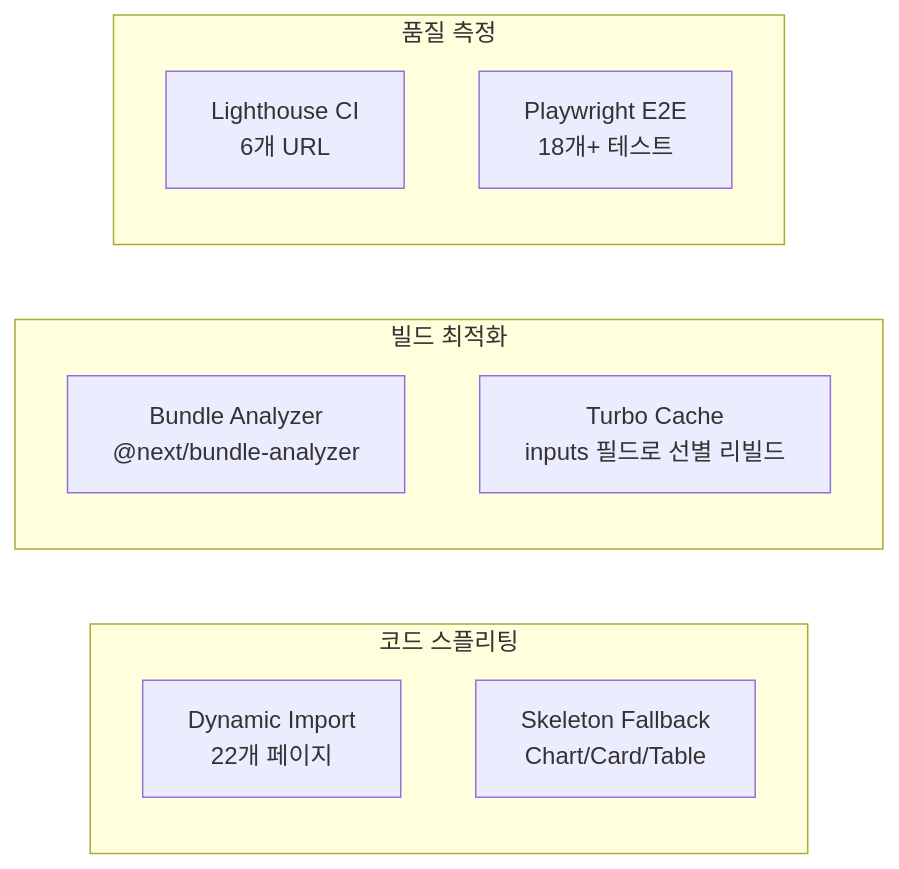
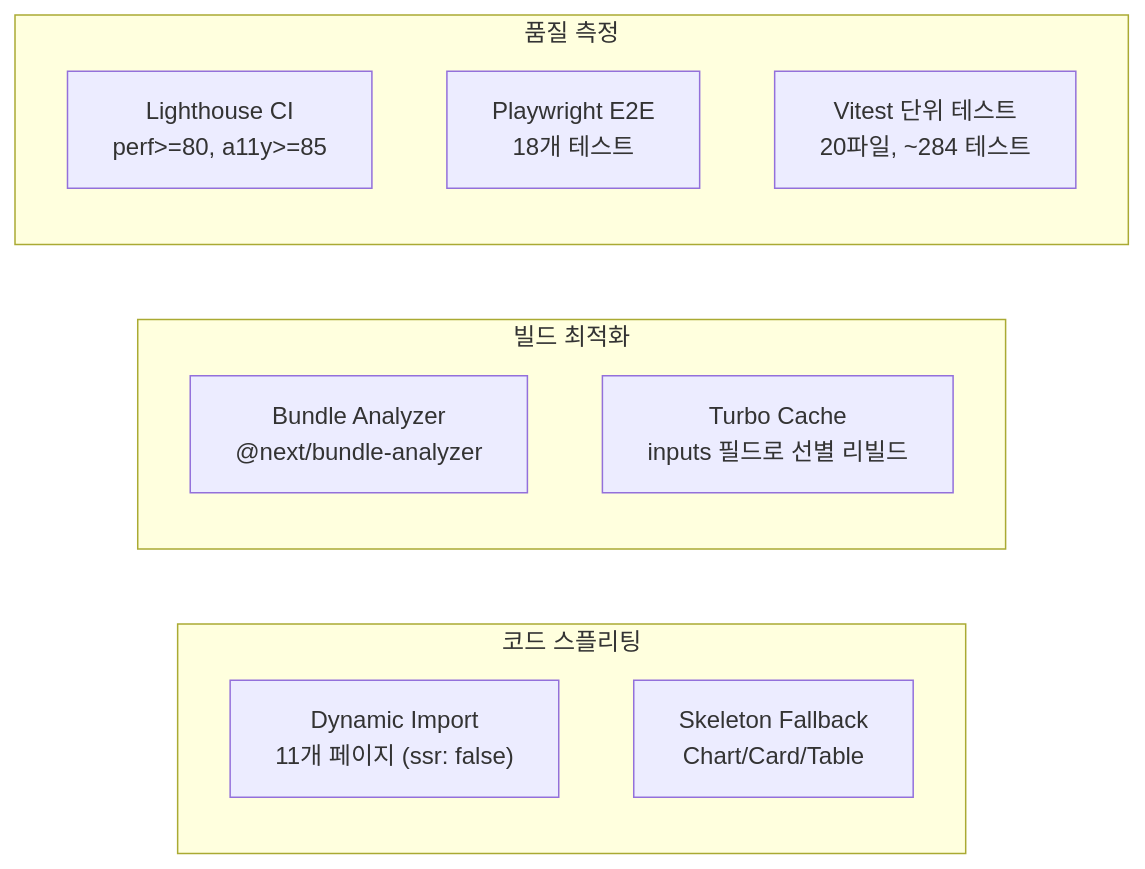
One commit to sgtlim0/sgtlim0.github.io changed the eighth of 11 diagrams in docs/ARCHITECTURE.md. Above: the diagram before and after it, drawn with Mermaid. The commit also changed other lines of this file and 23 other files, not shown here.

````diff
--- a/docs/ARCHITECTURE.md
+++ b/docs/ARCHITECTURE.md
@@ -108,17 +197,18 @@
 ```mermaid
 graph LR
     subgraph "코드 스플리팅"
-        DI["Dynamic Import<br/>22개 페이지"]
+        DI["Dynamic Import<br/>11개 페이지 (ssr: false)"]
         SK["Skeleton Fallback<br/>Chart/Card/Table"]
     end
 
     subgraph "빌드 최적화"
         BA["Bundle Analyzer<br/>@next/bundle-analyzer"]
         TC["Turbo Cache<br/>inputs 필드로 선별 리빌드"]
     end
 
     subgraph "품질 측정"
-        LH["Lighthouse CI<br/>6개 URL"]
-        E2E["Playwright E2E<br/>18개+ 테스트"]
+        LH["Lighthouse CI<br/>perf>=80, a11y>=85"]
+        E2E["Playwright E2E<br/>18개 테스트"]
+        UT["Vitest 단위 테스트<br/>20파일, ~284 테스트"]
     end
 ```
````
